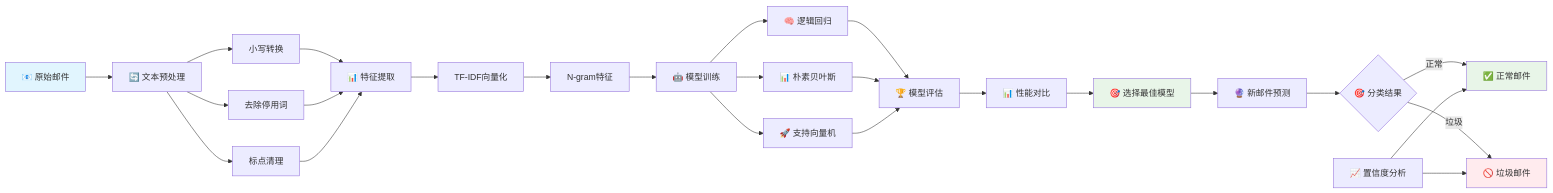
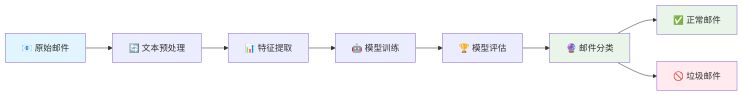
One commit to youngzs/GenAI-Python-Book changed the sixth of 6 diagrams in 第二册-AI技术与智能体开发/第20章-Scikit-learn基础应用.md. Above: the diagram before and after it, drawn with Mermaid. The commit also changed other lines of this file and 14 other files, not shown here.

````diff
--- a/第二册-AI技术与智能体开发/第20章-Scikit-learn基础应用.md
+++ b/第二册-AI技术与智能体开发/第20章-Scikit-learn基础应用.md
@@ -910,40 +883,16 @@
 ```mermaid
-flowchart LR
+graph LR
     A["📧 原始邮件"] --> B["🔄 文本预处理"]
-    B --> B1["小写转换"]
-    B --> B2["去除停用词"]
-    B --> B3["标点清理"]
+    B --> C["📊 特征提取"]
+    C --> D["🤖 模型训练"]
+    D --> E["🏆 模型评估"]
+    E --> F["🔮 邮件分类"]
     
-    B1 --> C["📊 特征提取"]
-    B2 --> C
-    B3 --> C
-    
-    C --> C1["TF-IDF向量化"]
-    C1 --> C2["N-gram特征"]
-    C2 --> D["🤖 模型训练"]
-    
-    D --> D1["🧠 逻辑回归"]
-    D --> D2["📊 朴素贝叶斯"]
-    D --> D3["🚀 支持向量机"]
-    
-    D1 --> E["🏆 模型评估"]
-    D2 --> E
-    D3 --> E
-    
-    E --> F["📊 性能对比"]
-    F --> G["🎯 选择最佳模型"]
-    
-    G --> H["🔮 新邮件预测"]
-    H --> I{"🎯 分类结果"}
-    
-    I -->|正常| J["✅ 正常邮件"]
-    I -->|垃圾| K["🚫 垃圾邮件"]
-    
-    L["📈 置信度分析"] --> J
-    L --> K
+    F --> G["✅ 正常邮件"]
+    F --> H["🚫 垃圾邮件"]
     
     style A fill:#e1f5fe
+    style F fill:#e8f5e8
     style G fill:#e8f5e8
-    style J fill:#e8f5e8
-    style K fill:#ffebee
+    style H fill:#ffebee
 ```
````
